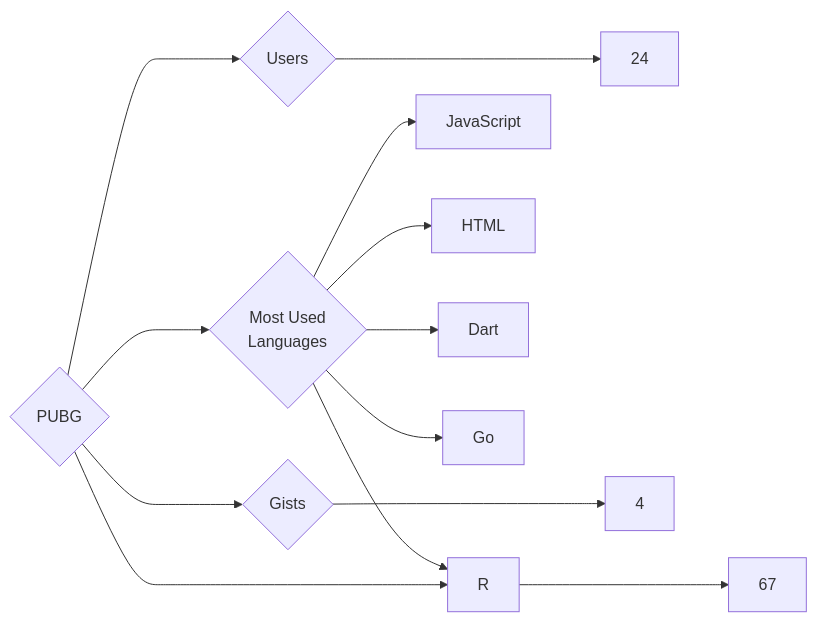
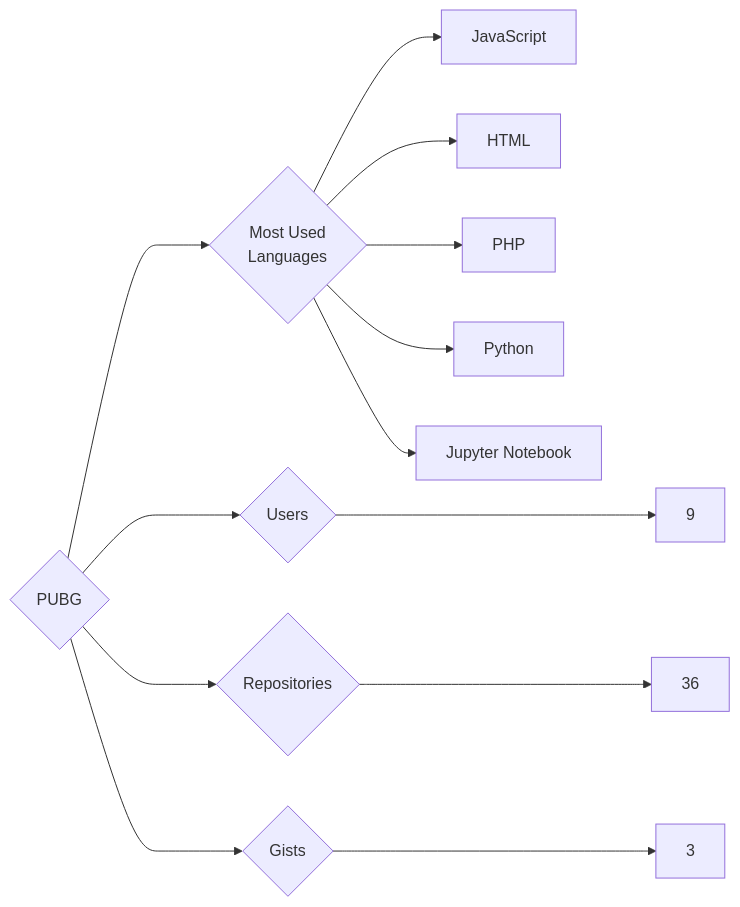
The diagram in targets/PUBG/README.md (trickest/insiders), drawn with Mermaid before and after one commit. The commit also changed 582 other files, not shown here.

````diff
--- a/targets/PUBG/README.md
+++ b/targets/PUBG/README.md
@@ -3,13 +3,13 @@
 ```mermaid
 graph LR
 COMPANY_NAME{PUBG}
-COMPANY_NAME ---> U{Users} ---> UN[24]
-COMPANY_NAME ---> R{Repositories} ---> RN[67]
-COMPANY_NAME ---> G{Gists} ---> GN[4]
+COMPANY_NAME ---> U{Users} ---> UN[9]
+COMPANY_NAME ---> R{Repositories} ---> RN[36]
+COMPANY_NAME ---> G{Gists} ---> GN[3]
 COMPANY_NAME ---> ML{Most Used<br>Languages}
 ML --> JavaScript[JavaScript]
-ML --> R[R]
 ML --> HTML[HTML]
-ML --> Dart[Dart]
-ML --> Go[Go]
+ML --> PHP[PHP]
+ML --> Python[Python]
+ML --> Jupyter_Notebook[Jupyter Notebook]
 ```
````
